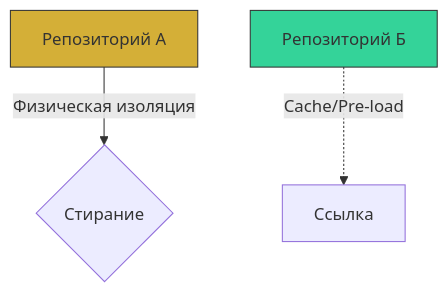
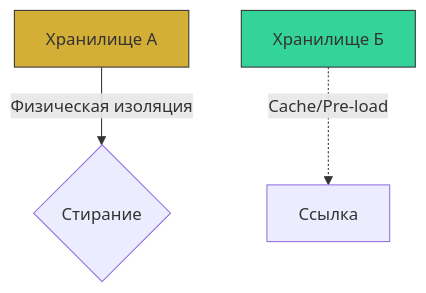
The second of 51 diagrams in shared_docs/Технический документ платформы Турбаза.md (Data-Independence-Network/presentations), drawn with Mermaid before and after one commit. The commit also changed other lines of this file and 8 other files, not shown here.

````diff
--- a/shared_docs/Технический документ платформы Турбаза.md
+++ b/shared_docs/Технический документ платформы Турбаза.md
@@ -64,7 +64,7 @@
 ```mermaid
 graph TD
-    Repo1[Репозиторий А] -- "Физическая изоляция" --> Delete{Стирание}
-    Repo2[Репозиторий Б] -.->|Cache/Pre-load| Ref[Ссылка]
+    Repo1[Хранилище А] -- "Физическая изоляция" --> Delete{Стирание}
+    Repo2[Хранилище Б] -.->|Cache/Pre-load| Ref[Ссылка]
     style Repo1 fill:#D4AF37,stroke:#333
     style Repo2 fill:#34D399,stroke:#333
 ```
````
